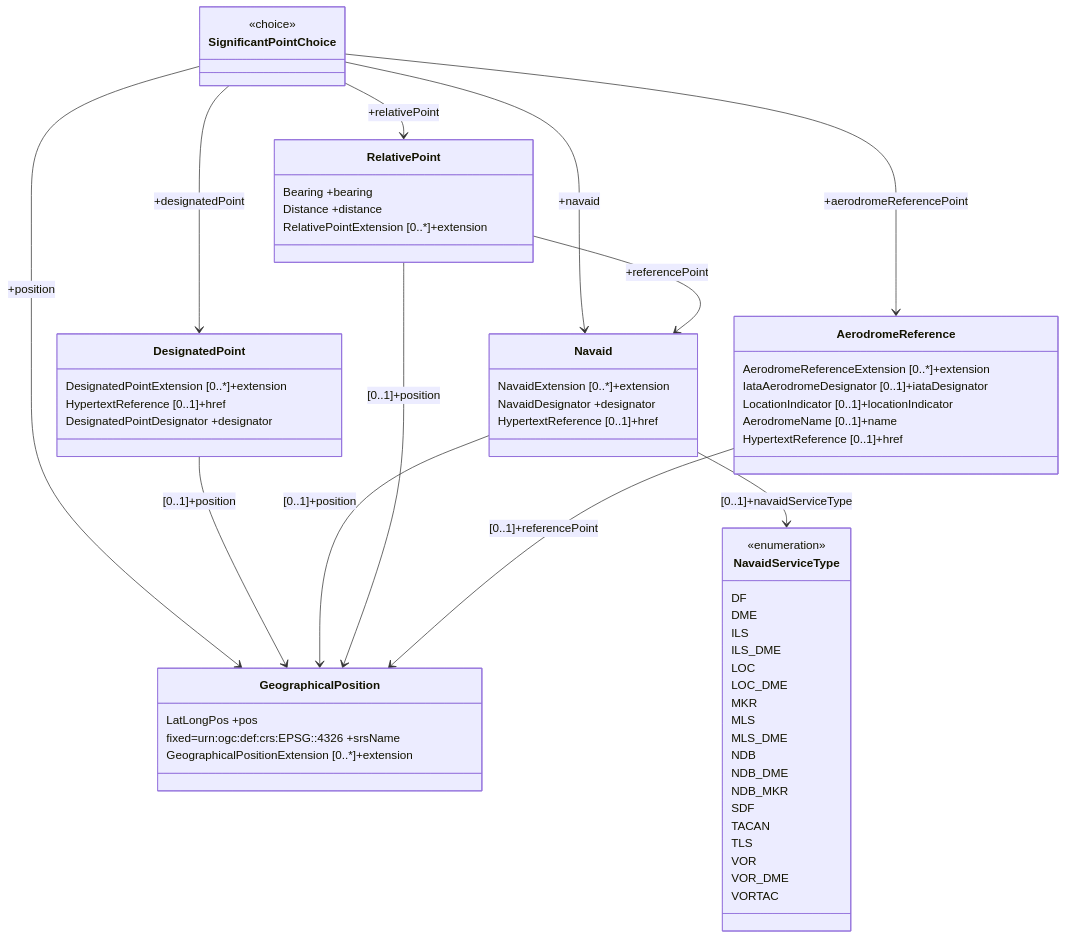
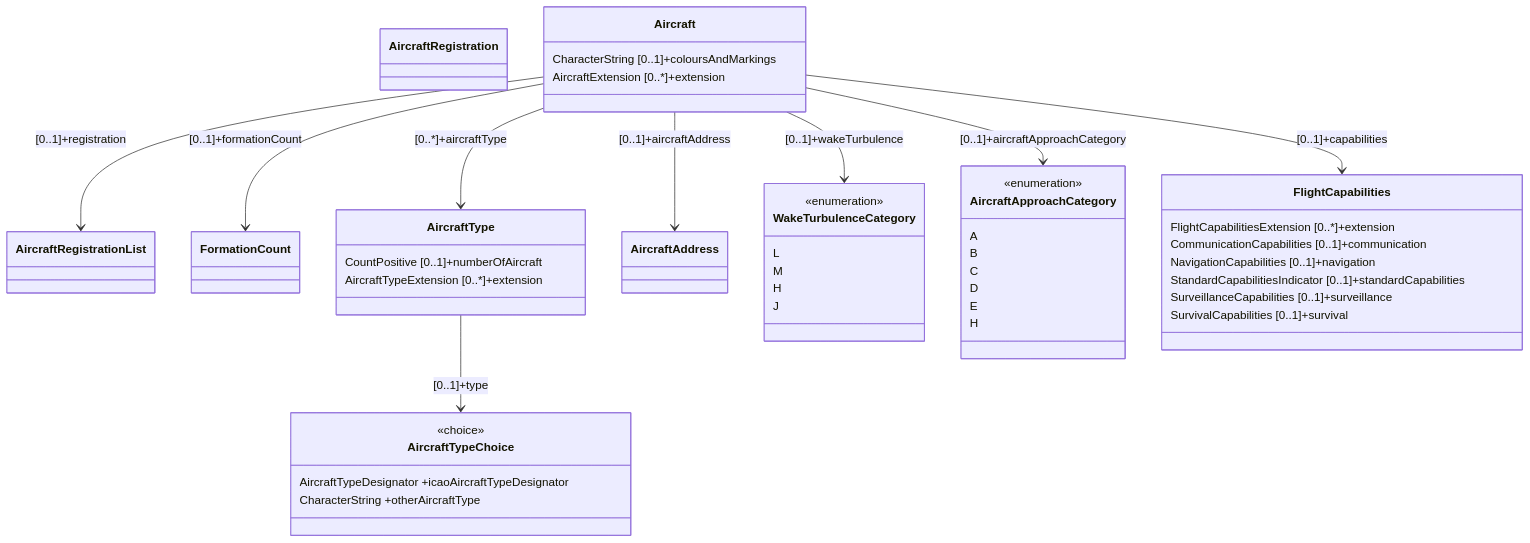
Before and after one commit to du-lapin/test_docsify: the seventh of 22 diagrams in docs/fixm/FIXM_UML_in_mermaid.md, drawn with Mermaid. The commit also changed other lines of this file, not shown here.

````diff
--- a/docs/fixm/FIXM_UML_in_mermaid.md
+++ b/docs/fixm/FIXM_UML_in_mermaid.md
@@ -51,76 +462,56 @@
 ```mermaid
 classDiagram
-class SignificantPointChoice
-<<choice>> SignificantPointChoice
-%% SignificantPointChoice : AerodromeReference +aerodromeReferencePoint
-%% SignificantPointChoice : DesignatedPoint +designatedPoint
-%% SignificantPointChoice : Navaid +navaid
-%% SignificantPointChoice : GeographicalPosition +position
-%% SignificantPointChoice : RelativePoint +relativePoint
-class AerodromeReference
-AerodromeReference : AerodromeReferenceExtension [0..*]+extension
-AerodromeReference : IataAerodromeDesignator [0..1]+iataDesignator
-AerodromeReference : LocationIndicator [0..1]+locationIndicator
-AerodromeReference : AerodromeName [0..1]+name
-%% AerodromeReference : GeographicalPosition [0..1]+referencePoint
-AerodromeReference : HypertextReference [0..1]+href
-class DesignatedPoint
-DesignatedPoint : DesignatedPointExtension [0..*]+extension
-DesignatedPoint : HypertextReference [0..1]+href
-DesignatedPoint : DesignatedPointDesignator +designator
-%% DesignatedPoint : GeographicalPosition [0..1]+position
-class Navaid
-Navaid : NavaidExtension [0..*]+extension
-Navaid : NavaidDesignator +designator
-Navaid : HypertextReference [0..1]+href
-%% Navaid : NavaidServiceType [0..1]+navaidServiceType
-%% NavaidType : GeographicalPosition [0..1]+position
-class RelativePoint
-RelativePoint : Bearing +bearing
-RelativePoint : Distance +distance
-RelativePoint : RelativePointExtension [0..*]+extension
-%% RelativePoint : GeographicalPosition [0..1]+position
-%% RelativePoint : Navaid +referencePoint
-class GeographicalPosition
-GeographicalPosition : LatLongPos +pos
-GeographicalPosition : fixed#61;urn#58;ogc#58;def#58;crs#58;EPSG#58;#58;4326 +srsName
-GeographicalPosition : GeographicalPositionExtension [0..*]+extension
-class NavaidServiceType
-<<enumeration>> NavaidServiceType
-NavaidServiceType : DF
-NavaidServiceType : DME
-NavaidServiceType : ILS
-NavaidServiceType : ILS_DME
-NavaidServiceType : LOC
-NavaidServiceType : LOC_DME
-NavaidServiceType : MKR
-NavaidServiceType : MLS
-NavaidServiceType : MLS_DME
-NavaidServiceType : NDB
-NavaidServiceType : NDB_DME
-NavaidServiceType : NDB_MKR
-NavaidServiceType : SDF
-NavaidServiceType : TACAN
-NavaidServiceType : TLS
-NavaidServiceType : VOR
-NavaidServiceType : VOR_DME
-NavaidServiceType : VORTAC
-SignificantPointChoice --> AerodromeReference : +aerodromeReferencePoint
-SignificantPointChoice --> DesignatedPoint : +designatedPoint
-SignificantPointChoice --> Navaid : +navaid
-SignificantPointChoice --> GeographicalPosition : +position
-SignificantPointChoice --> RelativePoint : +relativePoint
-DesignatedPoint --> GeographicalPosition : [0..1]+position
-Navaid --> GeographicalPosition : [0..1]+position
-Navaid --> NavaidServiceType : [0..1]+navaidServiceType
-RelativePoint --> GeographicalPosition : [0..1]+position
-RelativePoint --> Navaid : +referencePoint
-AerodromeReference --> GeographicalPosition : [0..1]+referencePoint
-link SignificantPointChoice "https://fixm.aero/releases/FIXM-4.2.0/doc/schema_documentation/Fixm_SignificantPointChoiceType.html" "Go to XML definition"
-link AerodromeReference "https://fixm.aero/releases/FIXM-4.2.0/doc/schema_documentation/Fixm_AerodromeReferenceType.html" "Go to XML definition"
-link DesignatedPoint "https://fixm.aero/releases/FIXM-4.2.0/doc/schema_documentation/Fixm_DesignatedPointType.html" "Go to XML definition"
-link Navaid "https://fixm.aero/releases/FIXM-4.2.0/doc/schema_documentation/Fixm_NavaidType.html" "Go to XML definition"
-link RelativePoint "https://fixm.aero/releases/FIXM-4.2.0/doc/schema_documentation/Fixm_RelativePointType.html" "Go to XML definition"
-link GeographicalPosition "https://fixm.aero/releases/FIXM-4.2.0/doc/schema_documentation/Fixm_GeographicalPositionType.html" "Go to XML definition"
-link NavaidServiceType "https://fixm.aero/releases/FIXM-4.2.0/doc/schema_documentation/Fixm_NavaidServiceTypeType.html" "Go to XML definition"
+class AircraftRegistrationList
+link AircraftRegistrationList "https://www.fixm.aero/releases/FIXM-4.2.0/doc/schema_documentation/Fixm_AircraftRegistrationListType.html" "Go to XML definition"
+class FormationCount
+link FormationCount "https://www.fixm.aero/releases/FIXM-4.2.0/doc/schema_documentation/Fixm_FormationCountType.html" "Go to XML definition"
+class AircraftType
+AircraftType : CountPositive [0..1]+numberOfAircraft
+AircraftType : AircraftTypeExtension [0..*]+extension
+AircraftType --> AircraftTypeChoice : [0..1]+type
+link AircraftType "https://www.fixm.aero/releases/FIXM-4.2.0/doc/schema_documentation/Fixm_AircraftTypeType.html" "Go to XML definition"
+class AircraftAddress
+link AircraftAddress "https://www.fixm.aero/releases/FIXM-4.2.0/doc/schema_documentation/Fixm_AircraftAddressType.html" "Go to XML definition"
+class AircraftRegistration
+link AircraftRegistration "https://www.fixm.aero/releases/FIXM-4.2.0/doc/schema_documentation/Fixm_AircraftRegistrationType.html" "Go to XML definition"
+class WakeTurbulenceCategory
+<<enumeration>> WakeTurbulenceCategory
+WakeTurbulenceCategory : L
+WakeTurbulenceCategory : M
+WakeTurbulenceCategory : H
+WakeTurbulenceCategory : J
+link WakeTurbulenceCategory "https://www.fixm.aero/releases/FIXM-4.2.0/doc/schema_documentation/Fixm_WakeTurbulenceCategoryType.html" "Go to XML definition"
+class AircraftApproachCategory
+<<enumeration>> AircraftApproachCategory
+AircraftApproachCategory : A
+AircraftApproachCategory : B
+AircraftApproachCategory : C
+AircraftApproachCategory : D
+AircraftApproachCategory : E
+AircraftApproachCategory : H
+link AircraftApproachCategory "https://www.fixm.aero/releases/FIXM-4.2.0/doc/schema_documentation/Fixm_AircraftApproachCategoryType.html" "Go to XML definition"
+class AircraftTypeChoice
+<<choice>> AircraftTypeChoice
+AircraftTypeChoice : AircraftTypeDesignator +icaoAircraftTypeDesignator
+AircraftTypeChoice : CharacterString +otherAircraftType
+link AircraftTypeChoice "https://www.fixm.aero/releases/FIXM-4.2.0/doc/schema_documentation/Fixm_AircraftTypeChoiceType.html" "Go to XML definition"
+class Aircraft
+Aircraft : CharacterString [0..1]+coloursAndMarkings
+Aircraft --> AircraftAddress : [0..1]+aircraftAddress
+Aircraft --> AircraftApproachCategory : [0..1]+aircraftApproachCategory
+Aircraft --> AircraftType : [0..*]+aircraftType
+Aircraft --> FlightCapabilities : [0..1]+capabilities
+Aircraft --> FormationCount : [0..1]+formationCount
+Aircraft --> AircraftRegistrationList : [0..1]+registration
+Aircraft --> WakeTurbulenceCategory : [0..1]+wakeTurbulence
+Aircraft : AircraftExtension [0..*]+extension
+link Aircraft "https://www.fixm.aero/releases/FIXM-4.2.0/doc/schema_documentation/Fixm_AircraftType.html" "Go to XML definition"
+class FlightCapabilities
+FlightCapabilities : FlightCapabilitiesExtension [0..*]+extension
+FlightCapabilities : CommunicationCapabilities [0..1]+communication
+FlightCapabilities : NavigationCapabilities [0..1]+navigation
+FlightCapabilities : StandardCapabilitiesIndicator [0..1]+standardCapabilities
+FlightCapabilities : SurveillanceCapabilities [0..1]+surveillance
+FlightCapabilities : SurvivalCapabilities [0..1]+survival
+link FlightCapabilities "https://www.fixm.aero/releases/FIXM-4.2.0/doc/schema_documentation/Fixm_FlightCapabilitiesType.html" "Go to XML definition"
 ```
````
